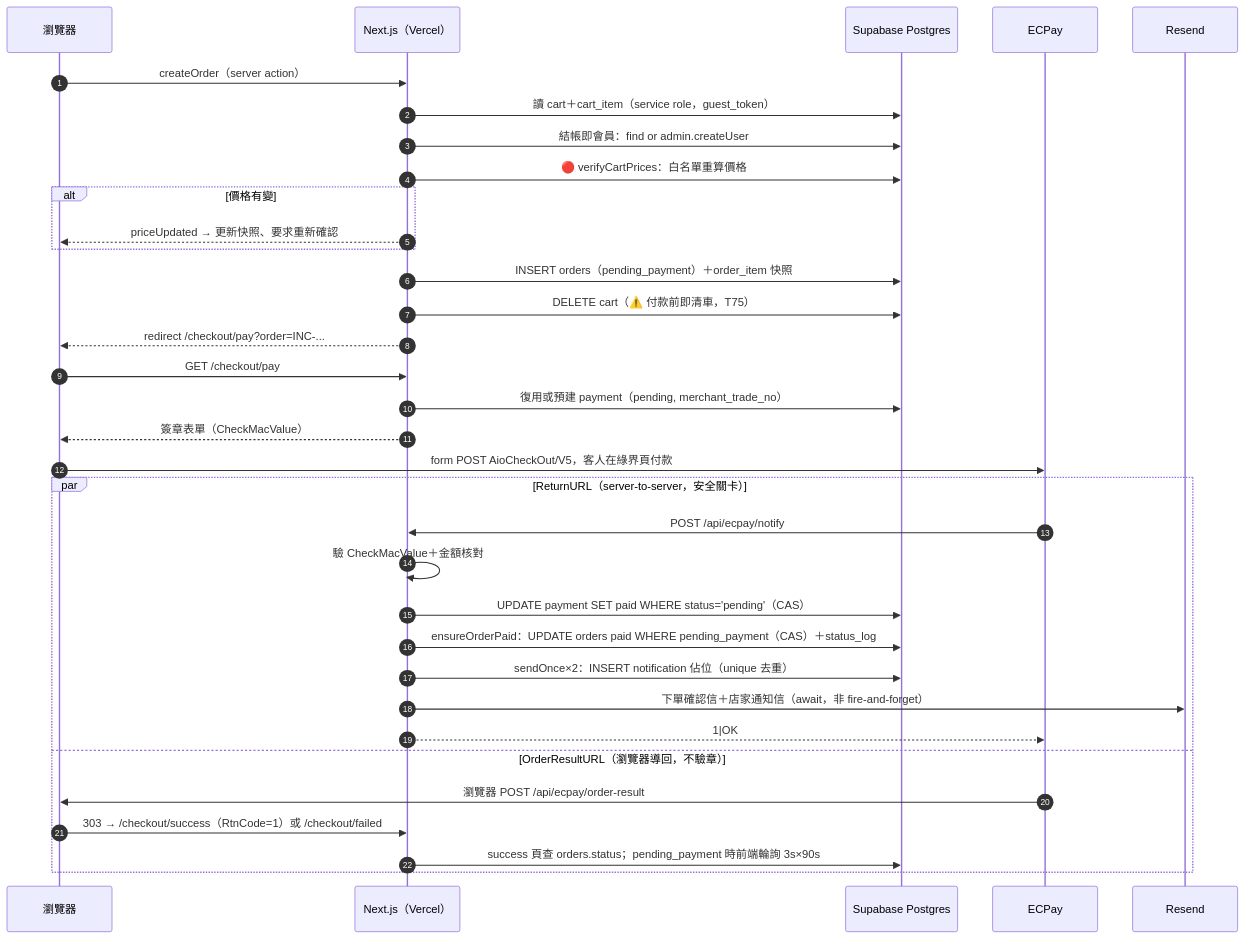
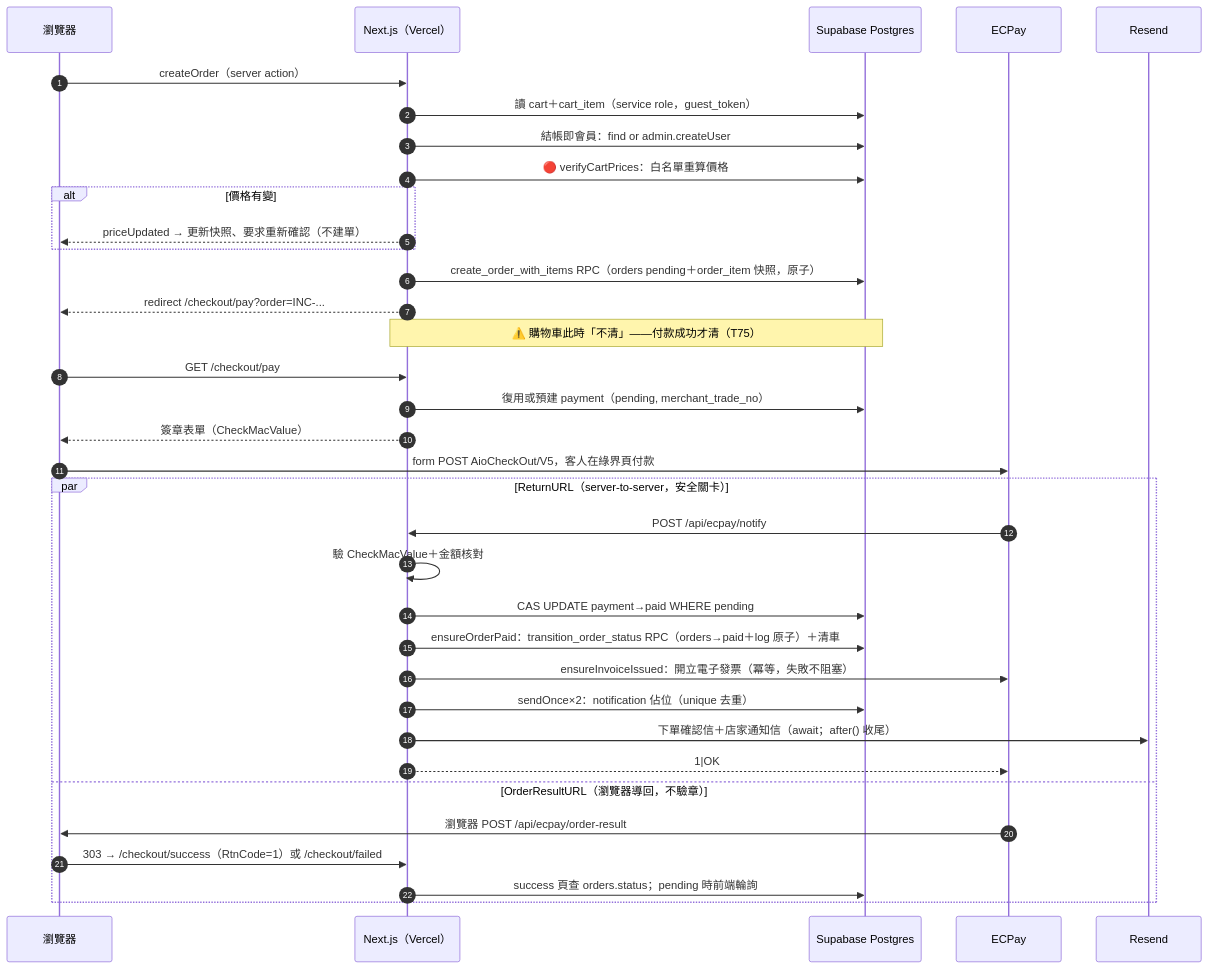
One commit to incantochen/incantochen changed the second of 5 diagrams in docs/architecture.md. Above: the diagram before and after it, drawn with Mermaid. The commit also changed other lines of this file and 2 other files, not shown here.

First line of the commit message:
docs: architecture.md 全面刷新至 M2 現況＋儀表板 HTML

````diff
--- a/docs/architecture.md
+++ b/docs/architecture.md
@@ -119,39 +145,40 @@
 ```mermaid
 sequenceDiagram
     autonumber
     participant U as 瀏覽器
     participant N as Next.js（Vercel）
     participant DB as Supabase Postgres
     participant EC as ECPay
     participant RS as Resend
 
     U->>N: createOrder（server action）
     N->>DB: 讀 cart＋cart_item（service role，guest_token）
     N->>DB: 結帳即會員：find or admin.createUser
     N->>DB: 🔴 verifyCartPrices：白名單重算價格
     alt 價格有變
-        N-->>U: priceUpdated → 更新快照、要求重新確認
+        N-->>U: priceUpdated → 更新快照、要求重新確認（不建單）
     end
-    N->>DB: INSERT orders（pending_payment）＋order_item 快照
-    N->>DB: DELETE cart（⚠️ 付款前即清車，T75）
+    N->>DB: create_order_with_items RPC（orders pending＋order_item 快照，原子）
     N-->>U: redirect /checkout/pay?order=INC-...
+    Note over N,DB: ⚠️ 購物車此時「不清」——付款成功才清（T75）
 
     U->>N: GET /checkout/pay
     N->>DB: 復用或預建 payment（pending, merchant_trade_no）
     N-->>U: 簽章表單（CheckMacValue）
     U->>EC: form POST AioCheckOut/V5，客人在綠界頁付款
 
     par ReturnURL（server-to-server，安全關卡）
         EC->>N: POST /api/ecpay/notify
         N->>N: 驗 CheckMacValue＋金額核對
-        N->>DB: UPDATE payment SET paid WHERE status='pending'（CAS）
-        N->>DB: ensureOrderPaid：UPDATE orders paid WHERE pending_payment（CAS）＋status_log
-        N->>DB: sendOnce×2：INSERT notification 佔位（unique 去重）
-        N->>RS: 下單確認信＋店家通知信（await，非 fire-and-forget）
+        N->>DB: CAS UPDATE payment→paid WHERE pending
+        N->>DB: ensureOrderPaid：transition_order_status RPC（orders→paid＋log 原子）＋清車
+        N->>EC: ensureInvoiceIssued：開立電子發票（冪等，失敗不阻塞）
+        N->>DB: sendOnce×2：notification 佔位（unique 去重）
+        N->>RS: 下單確認信＋店家通知信（await；after() 收尾）
         N-->>EC: 1|OK
     and OrderResultURL（瀏覽器導回，不驗章）
         EC->>U: 瀏覽器 POST /api/ecpay/order-result
         U->>N: 303 → /checkout/success（RtnCode=1）或 /checkout/failed
-        N->>DB: success 頁查 orders.status；pending_payment 時前端輪詢 3s×90s
+        N->>DB: success 頁查 orders.status；pending 時前端輪詢
     end
 ```
````
